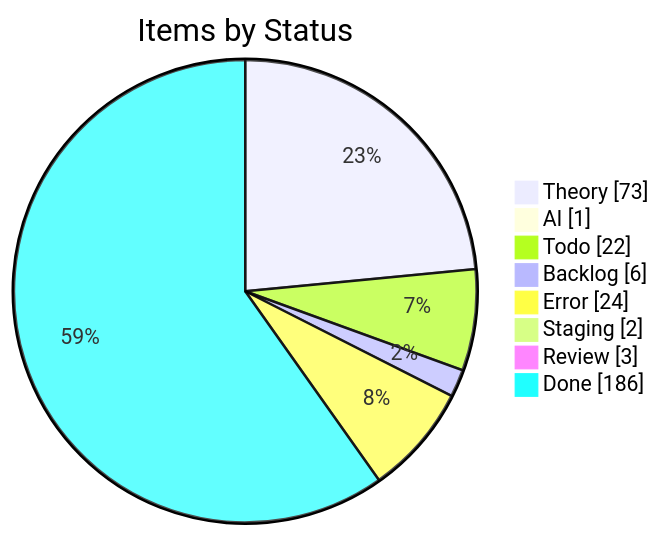
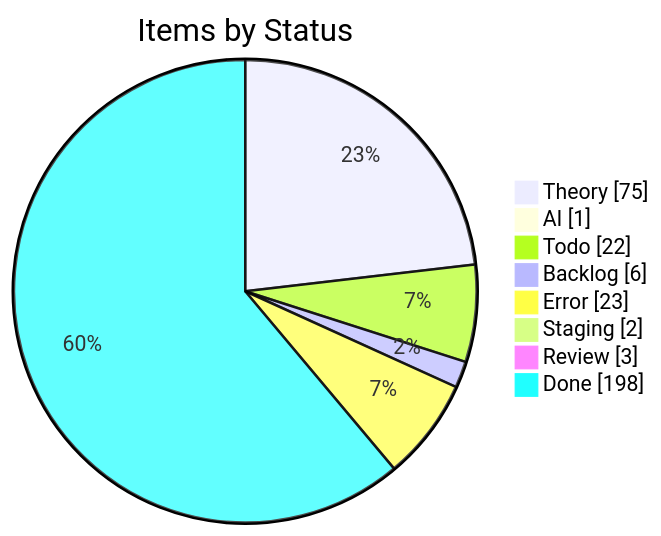
The first of 4 diagrams in apps/kbve/astro-kbve/src/content/docs/dashboard/kanban-data.mdx (KBVE/kbve), drawn with Mermaid before and after one commit. The commit also changed other lines of this file and 8 other files, not shown here.

````diff
--- a/apps/kbve/astro-kbve/src/content/docs/dashboard/kanban-data.mdx
+++ b/apps/kbve/astro-kbve/src/content/docs/dashboard/kanban-data.mdx
@@ -55,12 +55,12 @@
 ```mermaid
 pie showData
     title Items by Status
-    "Theory" : 73
+    "Theory" : 75
     "AI" : 1
     "Todo" : 22
     "Backlog" : 6
-    "Error" : 24
+    "Error" : 23
     "Staging" : 2
     "Review" : 3
-    "Done" : 186
+    "Done" : 198
 ```
````
